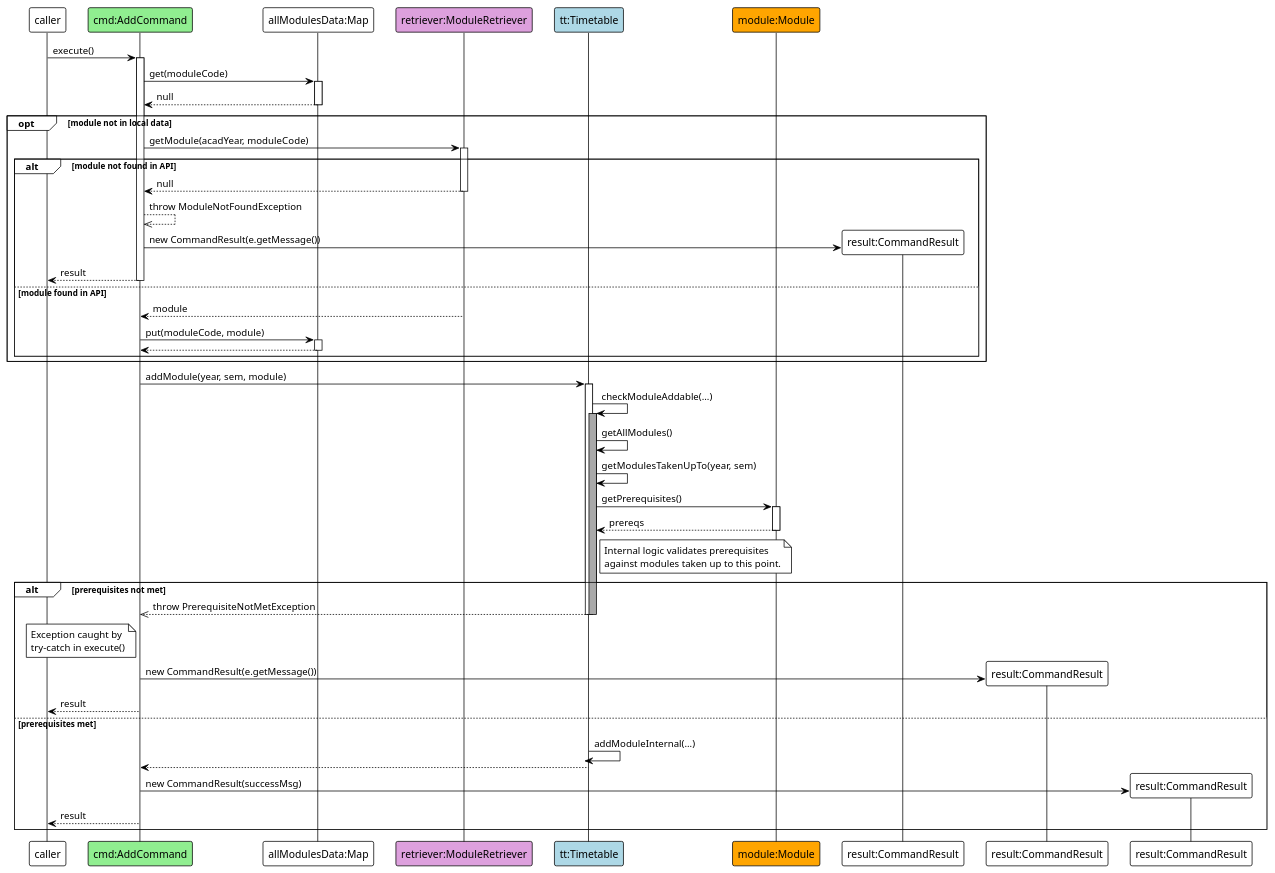
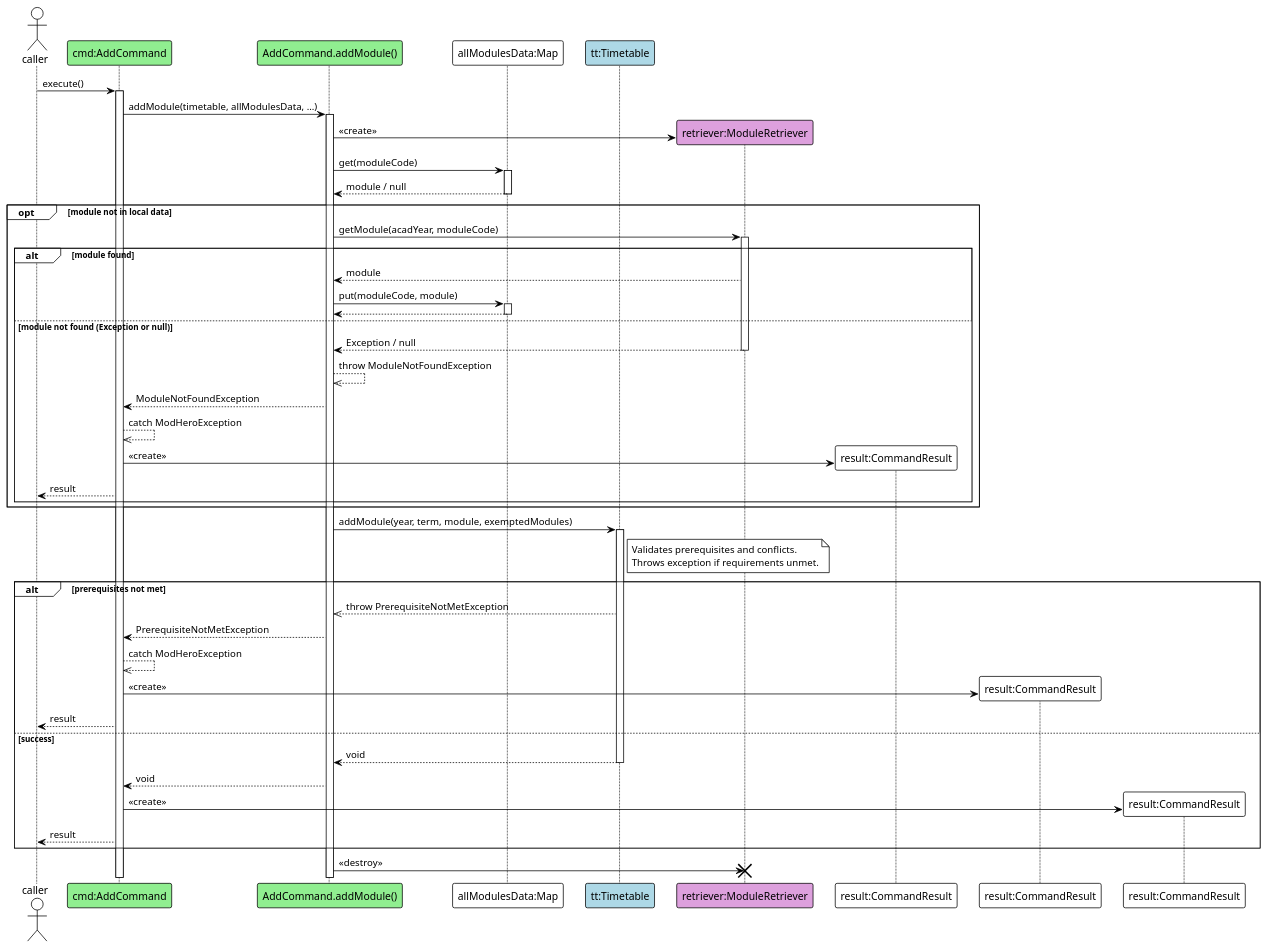
One commit to mendax1234/tp changed the diagram in docs/diagrams/addCommand.puml. Above: the diagram before and after it, drawn with PlantUML. The commit also changed 4 other files, not shown here.

Commit message:
Update addcommand sequence diagram

```diff
--- a/docs/diagrams/addCommand.puml
+++ b/docs/diagrams/addCommand.puml
@@ -1,103 +1,83 @@
 @startuml
 !theme plain
-
-' --- Participants (colored based on your examples) ---
-participant "caller" as Caller
+' --- Participants ---
+actor "caller" as Caller
 participant "cmd:AddCommand" as AddCmd #LightGreen
+participant "AddCommand.addModule()" as AddHelper #LightGreen
 participant "allModulesData:Map" as Cache
-participant "retriever:ModuleRetriever" as Retriever #Plum
 participant "tt:Timetable" as Timetable #LightBlue
-participant "module:Module" as Module #Orange
-
-' --- Flow Start ---
+' --- Dotted lifeline style ---
+skinparam lifeline {
+    strategy dotted
+}
+' --- Flow ---
 Caller -> AddCmd : execute()
 activate AddCmd
+AddCmd -> AddHelper : addModule(timetable, allModulesData, ...)
+activate AddHelper
 
-AddCmd -> Cache : get(moduleCode)
+' Retriever is created at the start of the addModule method,
+' before the cache check.
+create participant "retriever:ModuleRetriever" as Retriever #Plum
+AddHelper -> Retriever ** : <<create>>
+
+AddHelper -> Cache : get(moduleCode)
 activate Cache
-Cache --> AddCmd : null
+Cache --> AddHelper : module / null
 deactivate Cache
 
-' --- Optional fragment for API fetch (matches image_7ccae0.png) ---
 opt module not in local data
-    AddCmd -> Retriever : getModule(acadYear, moduleCode)
+    AddHelper -> Retriever : getModule(acadYear, moduleCode)
     activate Retriever
 
-    ' --- Alternative for API result ---
-    alt module not found in API
-        Retriever --> AddCmd : null
+    alt module found
+        Retriever --> AddHelper : module
+        AddHelper -> Cache : put(moduleCode, module)
+        activate Cache
+        Cache --> AddHelper
+        deactivate Cache
+    else module not found (Exception or null)
+        Retriever --> AddHelper : Exception / null
         deactivate Retriever
+        AddHelper -->> AddHelper : throw ModuleNotFoundException
+        AddHelper --> AddCmd : ModuleNotFoundException
 
-        ' Exception is caught by AddCommand's try-catch block
-        AddCmd -->> AddCmd : throw ModuleNotFoundException
+        AddCmd -->> AddCmd : catch ModHeroException
+        create participant "result:CommandResult" as ResultFail
+        AddCmd -> ResultFail ** : <<create>>
+        AddCmd --> Caller : result
 
-        ' Object creation (matches image_7cca86.png style)
-        create participant "result:CommandResult" as ResultFail
-        AddCmd -> ResultFail : new CommandResult(e.getMessage())
-        AddCmd --> Caller : result
-        deactivate AddCmd
-
-    else module found in API
-        Retriever --> AddCmd : module
-        deactivate Retriever
-
-        AddCmd -> Cache : put(moduleCode, module)
-        activate Cache
-        Cache --> AddCmd
-        deactivate Cache
+        ' --- MISSING LINE ---
     end
 end
+' --- Timetable add logic ---
+AddHelper -> Timetable : addModule(year, term, module, exemptedModules)
+activate Timetable
+note right of Timetable
+  Validates prerequisites and conflicts.
+  Throws exception if requirements unmet.
+end note
+alt prerequisites not met
+    Timetable -->> AddHelper : throw PrerequisiteNotMetException
+    AddHelper --> AddCmd : PrerequisiteNotMetException
 
-' --- Continue with add logic ---
-AddCmd -> Timetable : addModule(year, sem, module)
-activate Timetable
+    AddCmd -->> AddCmd : catch ModHeroException
+    create participant "result:CommandResult" as ResultPrereq
+    AddCmd -> ResultPrereq ** : <<create>>
+    AddCmd --> Caller : result
 
-' Nested activation for internal checks (matches image_7cca9d.png)
-Timetable -> Timetable : checkModuleAddable(...)
-activate Timetable #DarkGray
-
-Timetable -> Timetable : getAllModules()
-Timetable -> Timetable : getModulesTakenUpTo(year, sem)
-
-Timetable -> Module : getPrerequisites()
-activate Module
-Module --> Timetable : prereqs
-deactivate Module
-
-note right of Timetable
-  Internal logic validates prerequisites
-  against modules taken up to this point.
-end note
-
-' --- Alternative for Prerequisite Check ---
-alt prerequisites not met
-    ' Dashed return arrow for exception
-    Timetable -->> AddCmd : throw PrerequisiteNotMetException
-    deactivate Timetable #DarkGray
+else success
+    Timetable --> AddHelper : void
     deactivate Timetable
 
-    note left of AddCmd
-      Exception caught by
-      try-catch in execute()
-    end note
-
-    create participant "result:CommandResult" as ResultPrereq
-    AddCmd -> ResultPrereq : new CommandResult(e.getMessage())
-    AddCmd --> Caller : result
-    deactivate AddCmd
-
-else prerequisites met
-    Timetable -> Timetable : addModuleInternal(...)
-    deactivate Timetable #DarkGray
-
-    Timetable --> AddCmd
-    deactivate Timetable
+    AddHelper --> AddCmd : void
 
     create participant "result:CommandResult" as ResultSuccess
-    AddCmd -> ResultSuccess : new CommandResult(successMsg)
+    AddCmd -> ResultSuccess ** : <<create>>
+    AddCmd --> Caller : result
 
-    AddCmd --> Caller : result
-    deactivate AddCmd
 end
+    ' Destroy the retriever before deactivating the helper
+    AddHelper -> Retriever !! : <<destroy>>
 
 @enduml
```
